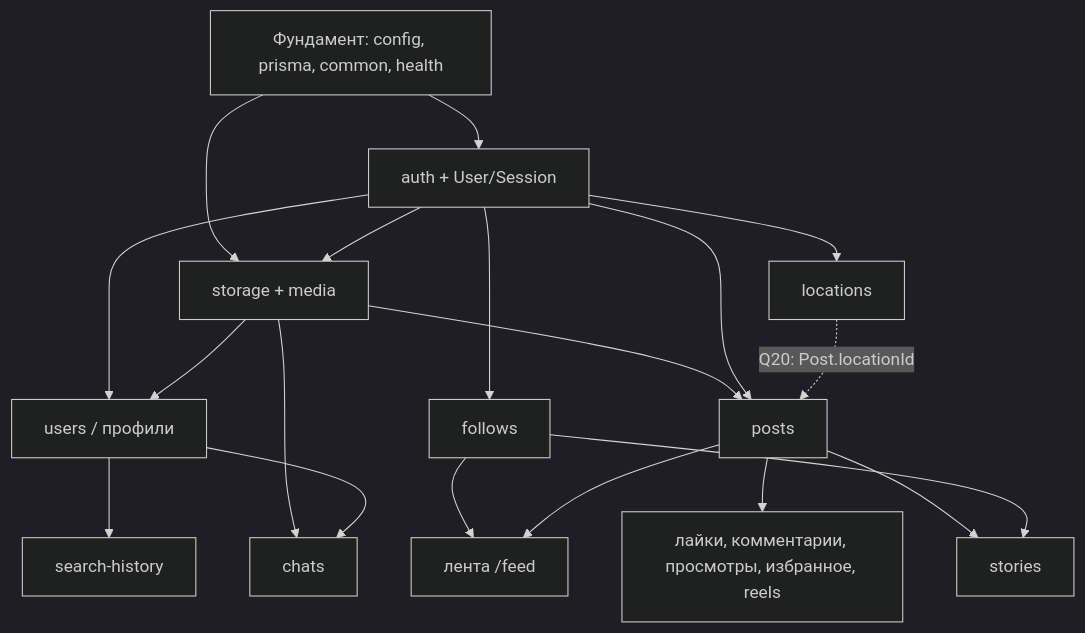
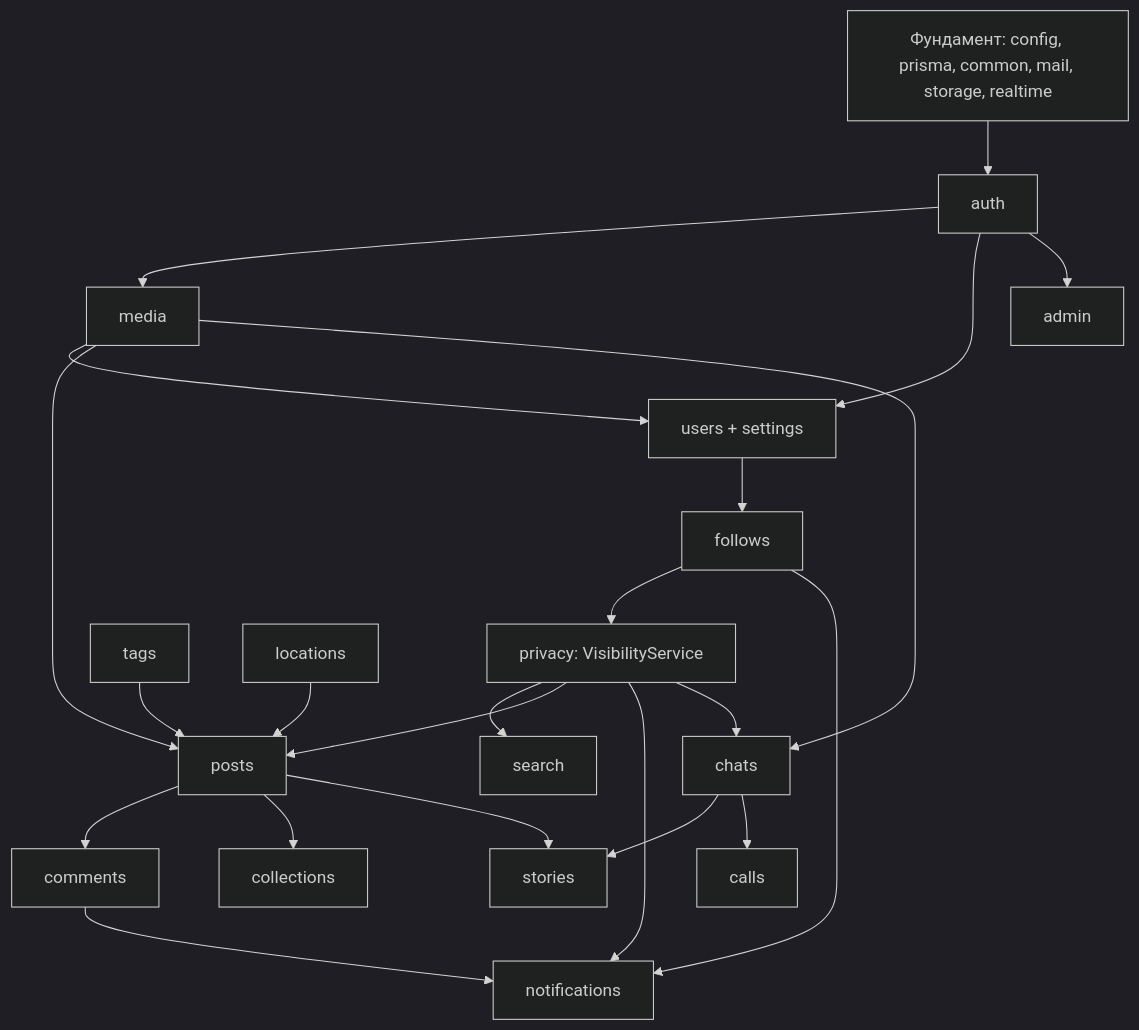
One commit to JM-2007-07/Instagram-Manishvar-Nekruz changed the diagram in docs/IMPLEMENTATION_PLAN.md. Above: the diagram before and after it, drawn with Mermaid (dark theme). The commit also changed other lines of this file and 81 other files, not shown here.

````diff
--- a/docs/IMPLEMENTATION_PLAN.md
+++ b/docs/IMPLEMENTATION_PLAN.md
@@ -8,21 +8,25 @@
 ```mermaid
 flowchart TD
-    F[Фундамент: config, prisma, common, health] --> AUTH[auth + User/Session]
-    F --> ST[storage + media]
-    AUTH --> ST
-    AUTH --> USERS[users / профили]
-    ST --> USERS
-    AUTH --> FOL[follows]
-    USERS --> SH[search-history]
-    ST --> POSTS[posts]
-    AUTH --> POSTS
-    FOL --> FEED[лента /feed]
-    POSTS --> FEED
-    POSTS --> INT[лайки, комментарии, просмотры, избранное, reels]
-    POSTS --> STORIES[stories]
-    FOL --> STORIES
-    ST --> CHAT[chats]
-    USERS --> CHAT
-    AUTH --> LOC[locations]
-    LOC -. "Q20: Post.locationId" .-> POSTS
+    F[Фундамент: config, prisma, common, mail, storage, realtime] --> AUTH[auth]
+    AUTH --> MEDIA[media]
+    AUTH --> USERS[users + settings]
+    MEDIA --> USERS
+    USERS --> FOL[follows]
+    FOL --> PRIV[privacy: VisibilityService]
+    PRIV --> SEARCH[search]
+    PRIV --> POSTS[posts]
+    MEDIA --> POSTS
+    TAGS[tags] --> POSTS
+    POSTS --> COMM[comments]
+    POSTS --> COLL[collections]
+    PRIV --> NOTIF[notifications]
+    COMM --> NOTIF
+    FOL --> NOTIF
+    PRIV --> CHATS[chats]
+    MEDIA --> CHATS
+    CHATS --> STORIES[stories]
+    POSTS --> STORIES
+    CHATS --> CALLS[calls]
+    LOC[locations] --> POSTS
+    AUTH --> ADMIN[admin]
 ```
````
